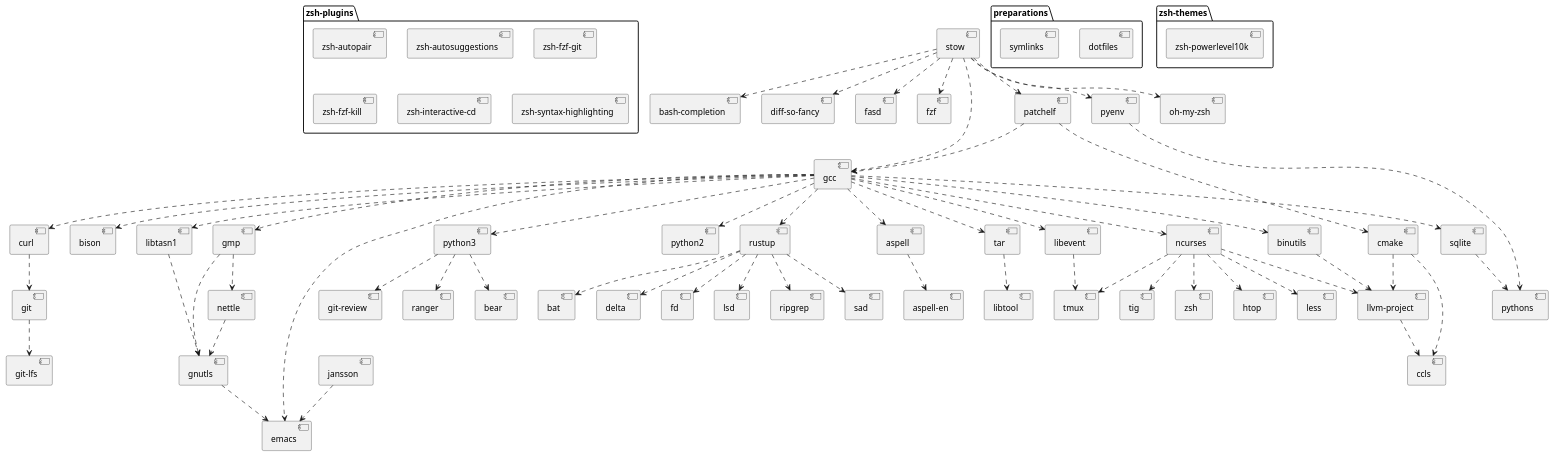
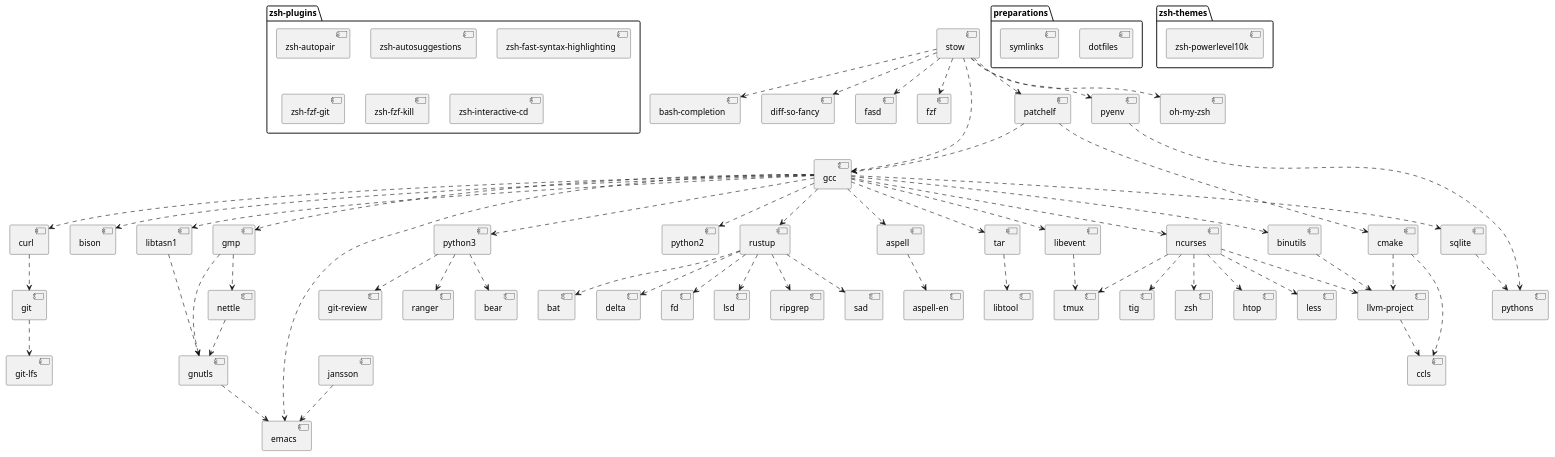
Before and after one commit to gessen/linsee-pkgs: the diagram in deps.plantuml, drawn with PlantUML. The commit also changed 2 other files, not shown here.

Commit message:
zsh: remove unused plugin

```diff
--- a/deps.plantuml
+++ b/deps.plantuml
@@ -1,95 +1,95 @@
 @startuml
 
 package "preparations" {
   [dotfiles]
   [symlinks]
 }
 
 package "zsh-plugins" {
   [zsh-autopair]
   [zsh-autosuggestions]
+  [zsh-fast-syntax-highlighting]
   [zsh-fzf-git]
   [zsh-fzf-kill]
   [zsh-interactive-cd]
-  [zsh-syntax-highlighting]
 }
 
 package "zsh-themes" {
   [zsh-powerlevel10k]
 }
 
 [stow] ..> [bash-completion]
 [stow] ..> [diff-so-fancy]
 [stow] ..> [fasd]
 [stow] ..> [fzf]
 [stow] ..> [gcc]
 [stow] ..> [oh-my-zsh]
 [stow] ..> [patchelf]
 [stow] ..> [pyenv]
 
 [patchelf] ..> [gcc]
 [patchelf] ..> [cmake]
 
 [gcc] ..> [aspell]
 [gcc] ..> [binutils]
 [gcc] ..> [bison]
 [gcc] ..> [curl]
 [gcc] ..> [emacs]
 [gcc] ..> [gmp]
 [gcc] ..> [libevent]
 [gcc] ..> [libtasn1]
 [gcc] ..> [ncurses]
 [gcc] ..> [python2]
 [gcc] ..> [python3]
 [gcc] ..> [rustup]
 [gcc] ..> [sqlite]
 [gcc] ..> [tar]
 
 [cmake] ..> [ccls]
 [cmake] ..> [llvm-project]
 
 [pyenv] ..> [pythons]
 [sqlite] ..> [pythons]
 
 [python3] ..> [bear]
 [python3] ..> [git-review]
 [python3] ..> [ranger]
 
 [gmp] ..> [nettle]
 [gmp] ..> [gnutls]
 
 [libtasn1] ..> [gnutls]
 [nettle] ..> [gnutls]
 
 [gnutls] ..> [emacs]
 [jansson] ..> [emacs]
 
 [aspell] ..> [aspell-en]
 
 [binutils] ..> [llvm-project]
 
 [tar] ..> [libtool]
 
 [ncurses] ..> [htop]
 [ncurses] ..> [less]
 [ncurses] ..> [llvm-project]
 [ncurses] ..> [tig]
 [ncurses] ..> [tmux]
 [ncurses] ..> [zsh]
 
 [libevent] ..> [tmux]
 
 [curl] ..> [git]
 
 [git] ..> [git-lfs]
 
 [llvm-project] ..> [ccls]
 
 [rustup] ..> [bat]
 [rustup] ..> [delta]
 [rustup] ..> [fd]
 [rustup] ..> [lsd]
 [rustup] ..> [ripgrep]
 [rustup] ..> [sad]
 
 @enduml
```
